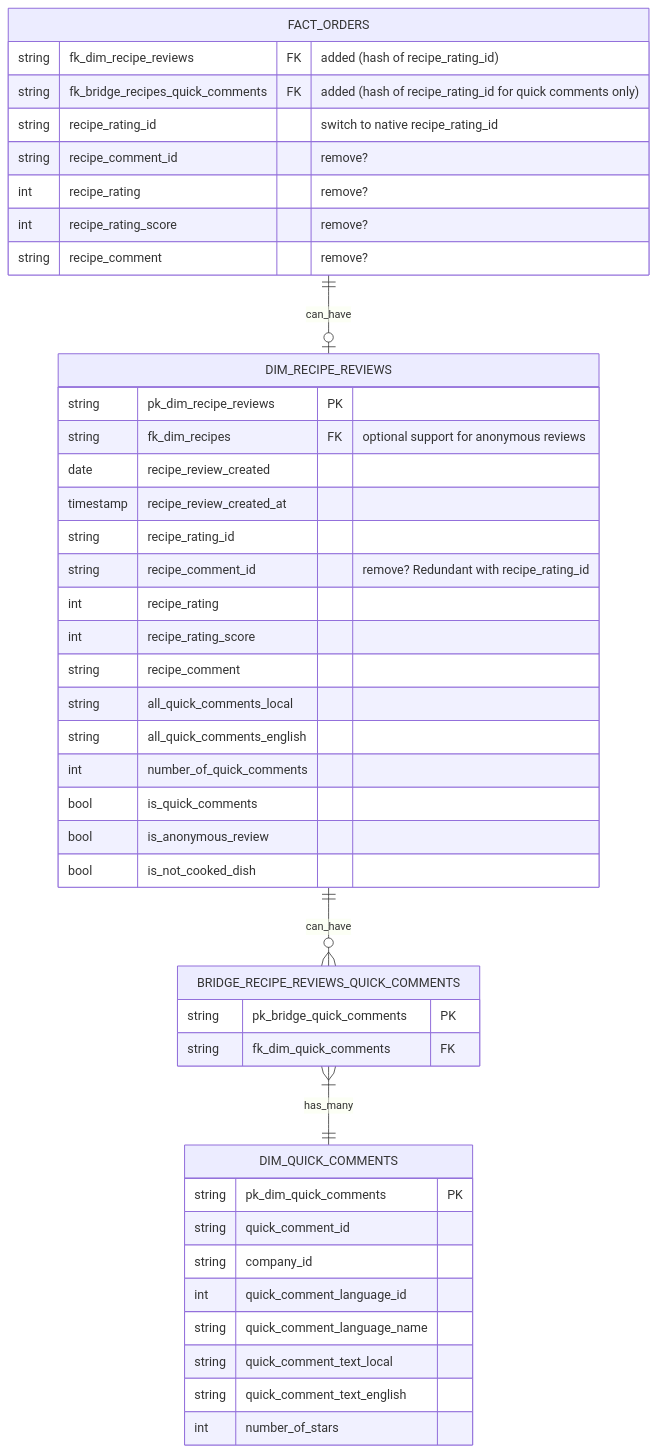
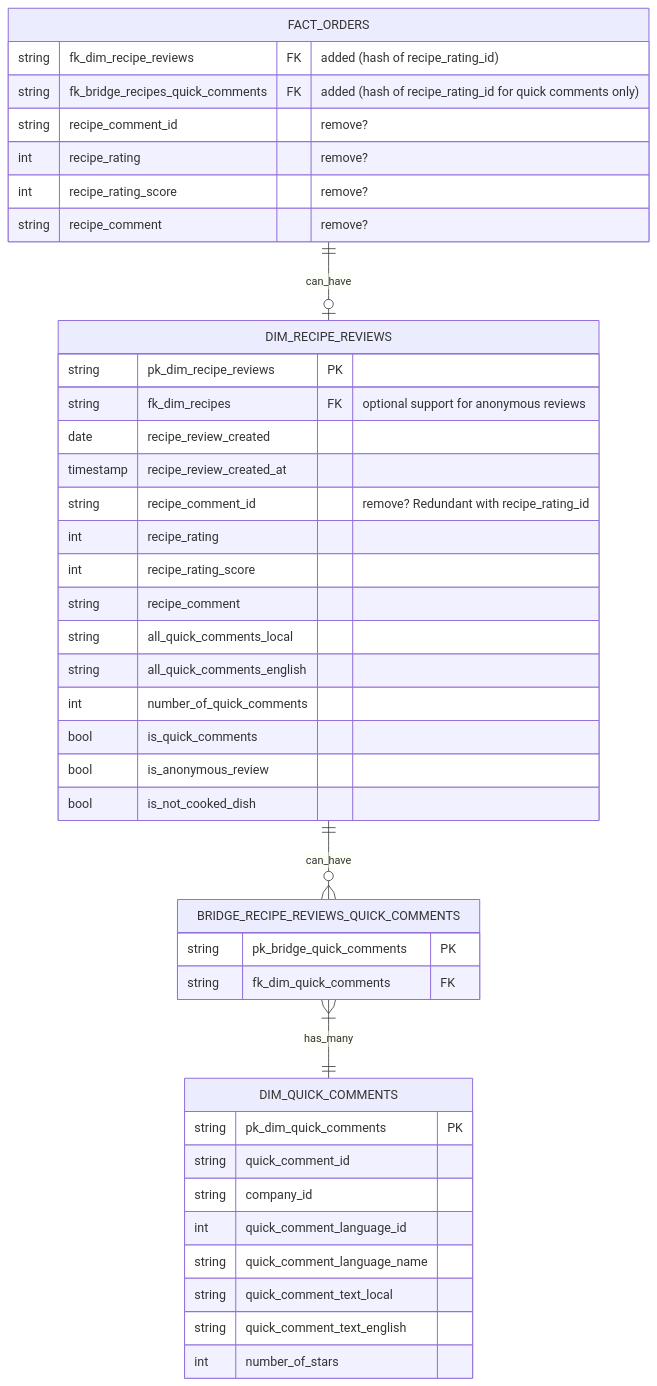
The diagram in add_reviews_to_pbi.md (comegrant/misc_doc), drawn with Mermaid before and after one commit.

````diff
--- a/add_reviews_to_pbi.md
+++ b/add_reviews_to_pbi.md
@@ -20,49 +20,47 @@
 ```mermaid
 erDiagram
 direction TB
 FACT_ORDERS ||--o| DIM_RECIPE_REVIEWS: can_have
 DIM_RECIPE_REVIEWS ||--o{ BRIDGE_RECIPE_REVIEWS_QUICK_COMMENTS: can_have
 BRIDGE_RECIPE_REVIEWS_QUICK_COMMENTS }|--|| DIM_QUICK_COMMENTS: has_many
 
 
 FACT_ORDERS {
     string fk_dim_recipe_reviews FK "added (hash of recipe_rating_id)"
     string fk_bridge_recipes_quick_comments FK "added (hash of recipe_rating_id for quick comments only)"
-    string recipe_rating_id "switch to native recipe_rating_id"
     string recipe_comment_id "remove?"
     int recipe_rating "remove?"
     int recipe_rating_score "remove?"
     string recipe_comment "remove?"
 }
 DIM_RECIPE_REVIEWS {
     string pk_dim_recipe_reviews PK
     string fk_dim_recipes FK "optional support for anonymous reviews"
     date recipe_review_created
     timestamp recipe_review_created_at
-    string recipe_rating_id
     string recipe_comment_id "remove? Redundant with recipe_rating_id"
     int recipe_rating
     int recipe_rating_score
     string recipe_comment
     string all_quick_comments_local
     string all_quick_comments_english
     int number_of_quick_comments
     bool is_quick_comments
     bool is_anonymous_review
     bool is_not_cooked_dish
 }
 BRIDGE_RECIPE_REVIEWS_QUICK_COMMENTS {
     string pk_bridge_quick_comments PK
     string fk_dim_quick_comments FK
 }
 DIM_QUICK_COMMENTS {
     string pk_dim_quick_comments PK
     string quick_comment_id 
     string company_id
     int quick_comment_language_id
     string quick_comment_language_name
     string quick_comment_text_local
     string quick_comment_text_english
     int number_of_stars
 }
 ```
````
